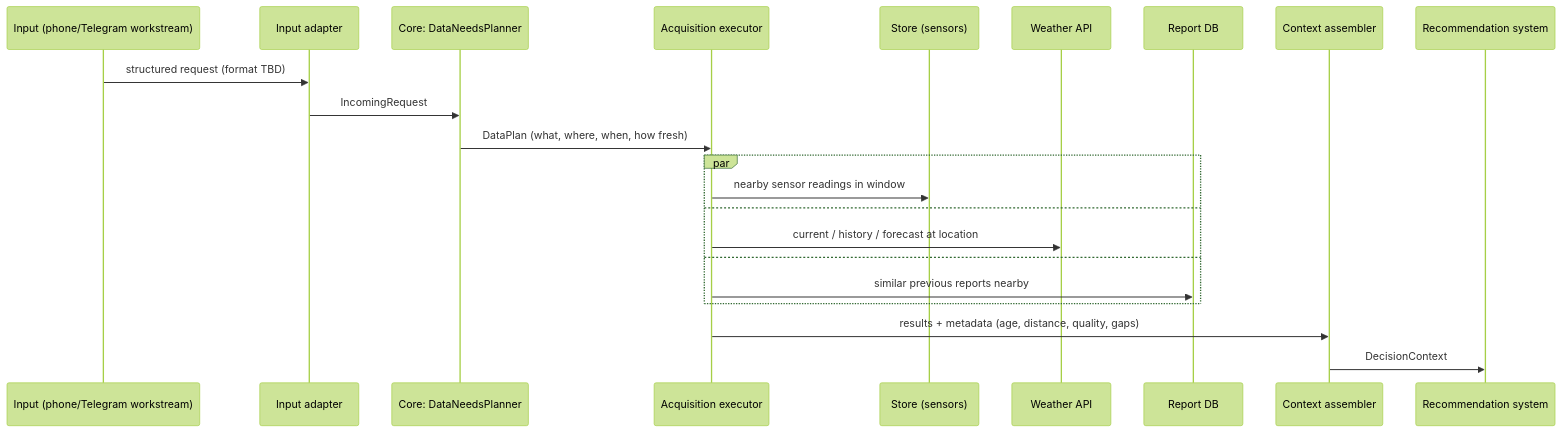
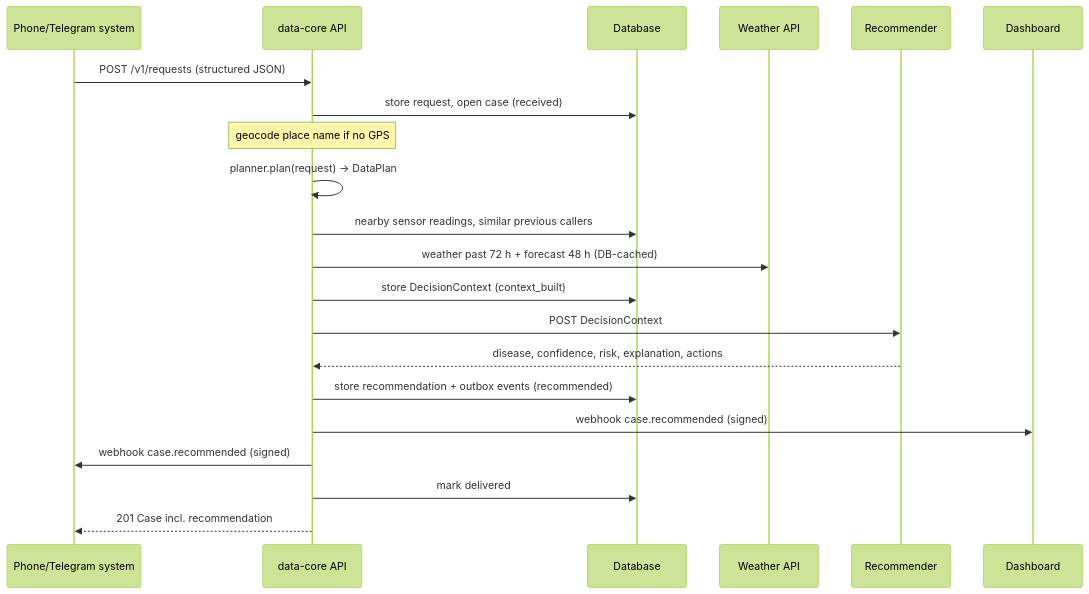
One commit to TUTobi/data_core changed the second of 2 diagrams in project.md. Above: the diagram before and after it, drawn with Mermaid (forest theme). The commit also changed other lines of this file and 94 other files, not shown here.

````diff
--- a/project.md
+++ b/project.md
@@ -289,25 +127,24 @@
 ```mermaid
 sequenceDiagram
-    participant In as Input (phone/Telegram workstream)
-    participant IA as Input adapter
-    participant P as Core: DataNeedsPlanner
-    participant X as Acquisition executor
-    participant St as Store (sensors)
+    participant P as Phone/Telegram system
+    participant API as data-core API
+    participant DB as Database
     participant W as Weather API
-    participant R as Report DB
-    participant C as Context assembler
-    participant Rec as Recommendation system
+    participant R as Recommender
+    participant D as Dashboard
 
-    In->>IA: structured request (format TBD)
-    IA->>P: IncomingRequest
-    P->>X: DataPlan (what, where, when, how fresh)
-    par
-        X->>St: nearby sensor readings in window
-    and
-        X->>W: current / history / forecast at location
-    and
-        X->>R: similar previous reports nearby
-    end
-    X->>C: results + metadata (age, distance, quality, gaps)
-    C->>Rec: DecisionContext
+    P->>API: POST /v1/requests (structured JSON)
+    API->>DB: store request, open case (received)
+    Note over API: geocode place name if no GPS
+    API->>API: planner.plan(request) → DataPlan
+    API->>DB: nearby sensor readings, similar previous callers
+    API->>W: weather past 72 h + forecast 48 h (DB-cached)
+    API->>DB: store DecisionContext (context_built)
+    API->>R: POST DecisionContext
+    R-->>API: disease, confidence, risk, explanation, actions
+    API->>DB: store recommendation + outbox events (recommended)
+    API->>D: webhook case.recommended (signed)
+    API->>P: webhook case.recommended (signed)
+    API->>DB: mark delivered
+    API-->>P: 201 Case incl. recommendation
 ```
````
